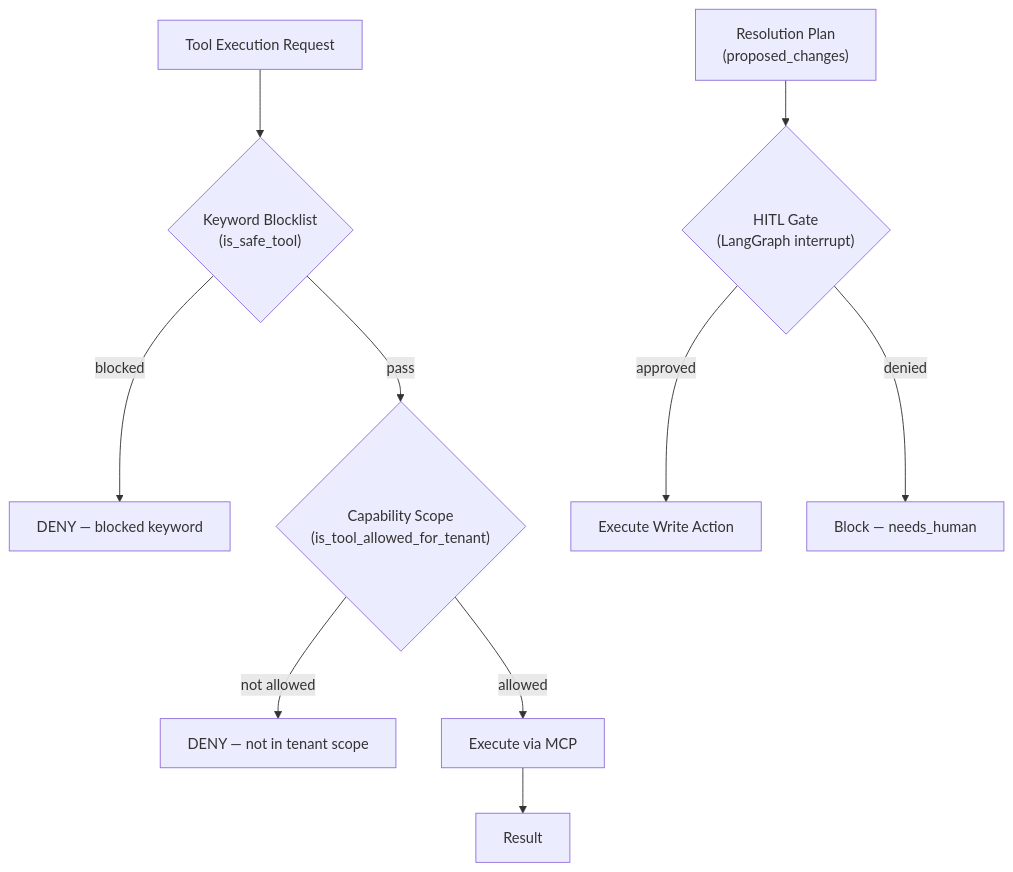
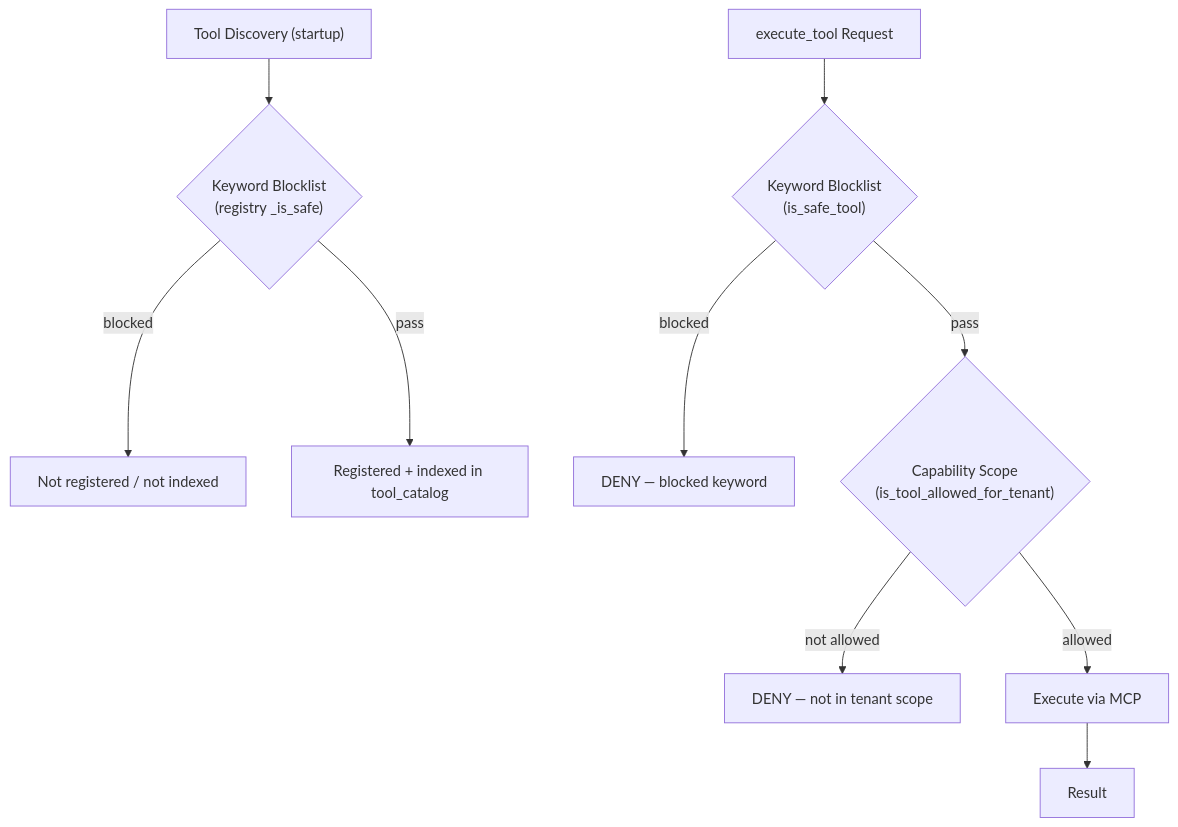
The diagram in docs/architecture/safety_and_governance.md (jofra02/L8R), drawn with Mermaid before and after one commit. The commit also changed other lines of this file and 38 other files, not shown here.

````diff
--- a/docs/architecture/safety_and_governance.md
+++ b/docs/architecture/safety_and_governance.md
@@ -13,13 +13,13 @@
 ```mermaid
 flowchart TD
-    REQ["Tool Execution Request"] --> KW{"Keyword Blocklist\n(is_safe_tool)"}
+    DISC["Tool Discovery (startup)"] --> KW0{"Keyword Blocklist\n(registry _is_safe)"}
+    KW0 -->|blocked| SKIP["Not registered / not indexed"]
+    KW0 -->|pass| REG["Registered + indexed in tool_catalog"]
+
+    REQ["execute_tool Request"] --> KW{"Keyword Blocklist\n(is_safe_tool)"}
     KW -->|blocked| DENY["DENY — blocked keyword"]
     KW -->|pass| CS{"Capability Scope\n(is_tool_allowed_for_tenant)"}
     CS -->|not allowed| DENY2["DENY — not in tenant scope"]
     CS -->|allowed| EXEC["Execute via MCP"]
     EXEC --> RES["Result"]
-
-    PLAN["Resolution Plan\n(proposed_changes)"] --> HITL{"HITL Gate\n(LangGraph interrupt)"}
-    HITL -->|approved| WRITE["Execute Write Action"]
-    HITL -->|denied| BLOCK["Block — needs_human"]
 ```
````
